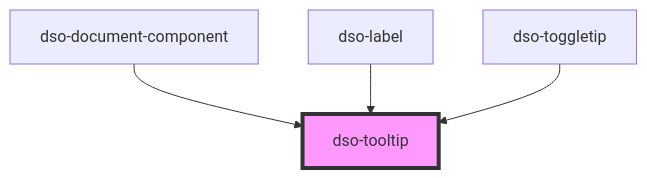
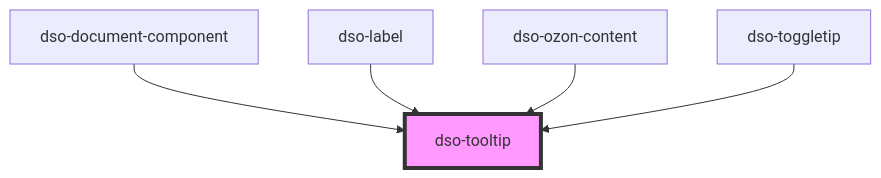
One commit to dso-toolkit/dso-toolkit changed the diagram in packages/core/src/components/tooltip/readme.md. Above: the diagram before and after it, drawn with Mermaid. The commit also changed other lines of this file and 8 other files, not shown here.

Commit message:
#2419 [Change] Ozon Content: Expliciete dependencies voor Web Componenten

````diff
--- a/packages/core/src/components/tooltip/readme.md
+++ b/packages/core/src/components/tooltip/readme.md
@@ -58,7 +59,8 @@
 ```mermaid
 graph TD;
   dso-document-component --> dso-tooltip
   dso-label --> dso-tooltip
+  dso-ozon-content --> dso-tooltip
   dso-toggletip --> dso-tooltip
   style dso-tooltip fill:#f9f,stroke:#333,stroke-width:4px
 ```
````
